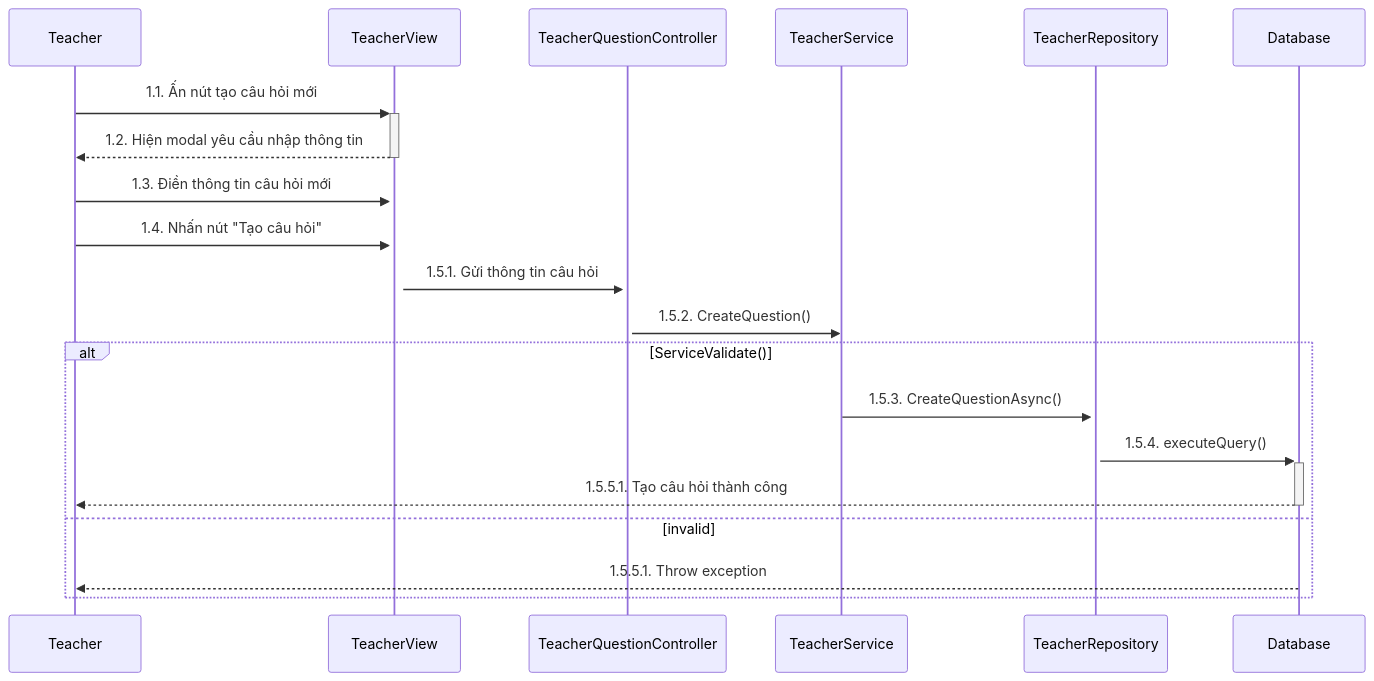
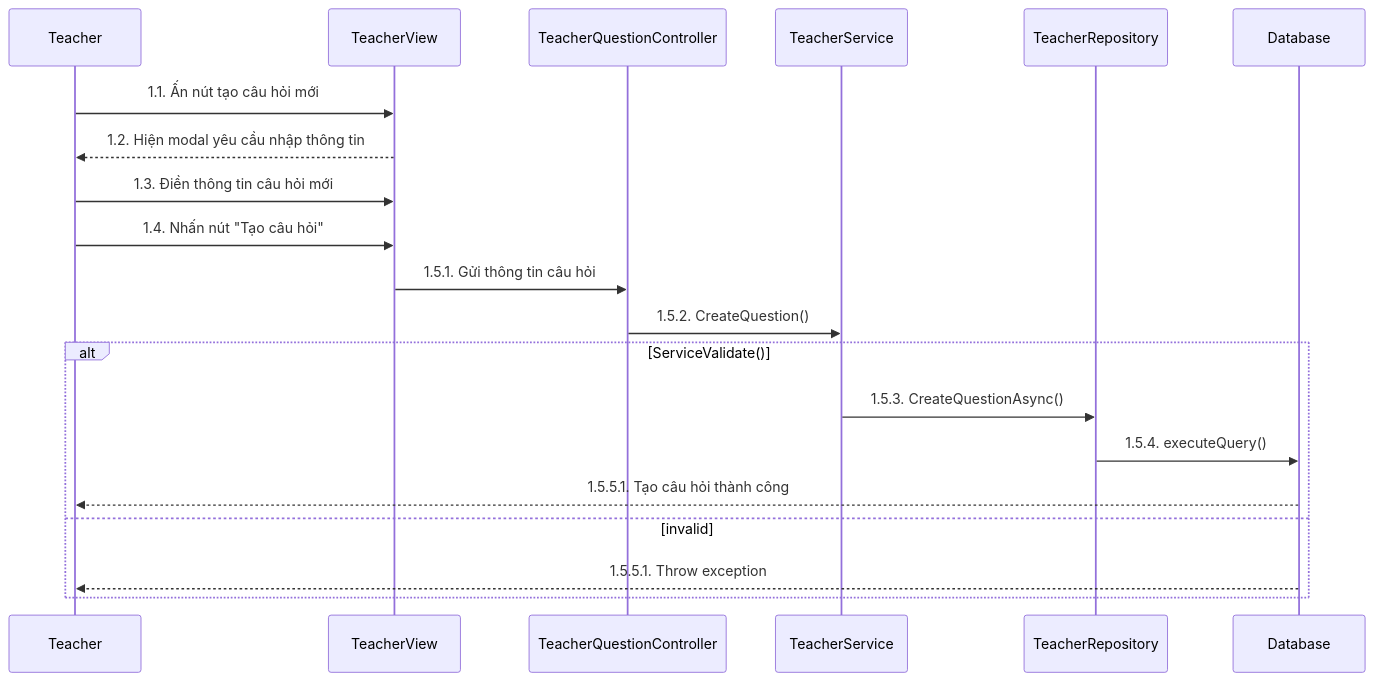
The diagram in sequence/teacher/Sequence-3-1.GiangVienThemCauHoi.mmd (LienNTB/sequence-CNPM), drawn with Mermaid before and after one commit. The commit also changed 10 other files, not shown here.

```diff
--- a/sequence/teacher/Sequence-3-1.GiangVienThemCauHoi.mmd
+++ b/sequence/teacher/Sequence-3-1.GiangVienThemCauHoi.mmd
@@ -1,23 +1,23 @@
 
 sequenceDiagram
     participant Teacher
     participant TeacherView
     participant TeacherQuestionController
     participant TeacherService
     participant TeacherRepository
     participant Database
 
-    Teacher->>+TeacherView: 1.1. Ấn nút tạo câu hỏi mới
-    TeacherView-->>-Teacher: 1.2. Hiện modal yêu cầu nhập thông tin
-    Teacher->>+TeacherView: 1.3. Điền thông tin câu hỏi mới
-    Teacher->>+TeacherView: 1.4. Nhấn nút "Tạo câu hỏi"
-    TeacherView->>+TeacherQuestionController: 1.5.1. Gửi thông tin câu hỏi
+    Teacher->>TeacherView: 1.1. Ấn nút tạo câu hỏi mới
+    TeacherView-->>Teacher: 1.2. Hiện modal yêu cầu nhập thông tin
+    Teacher->>TeacherView: 1.3. Điền thông tin câu hỏi mới
+    Teacher->>TeacherView: 1.4. Nhấn nút "Tạo câu hỏi"
+    TeacherView->>TeacherQuestionController: 1.5.1. Gửi thông tin câu hỏi
     TeacherQuestionController->>TeacherService: 1.5.2. CreateQuestion()
     alt ServiceValidate()
-        TeacherService->>+TeacherRepository: 1.5.3. CreateQuestionAsync()
-        TeacherRepository->>+Database: 1.5.4. executeQuery()
+        TeacherService->>TeacherRepository: 1.5.3. CreateQuestionAsync()
+        TeacherRepository->>Database: 1.5.4. executeQuery()
 
-        Database-->>-Teacher: 1.5.5.1. Tạo câu hỏi thành công
+        Database-->>Teacher: 1.5.5.1. Tạo câu hỏi thành công
     else invalid
          Database-->>Teacher: 1.5.5.1. Throw exception
     end
```
